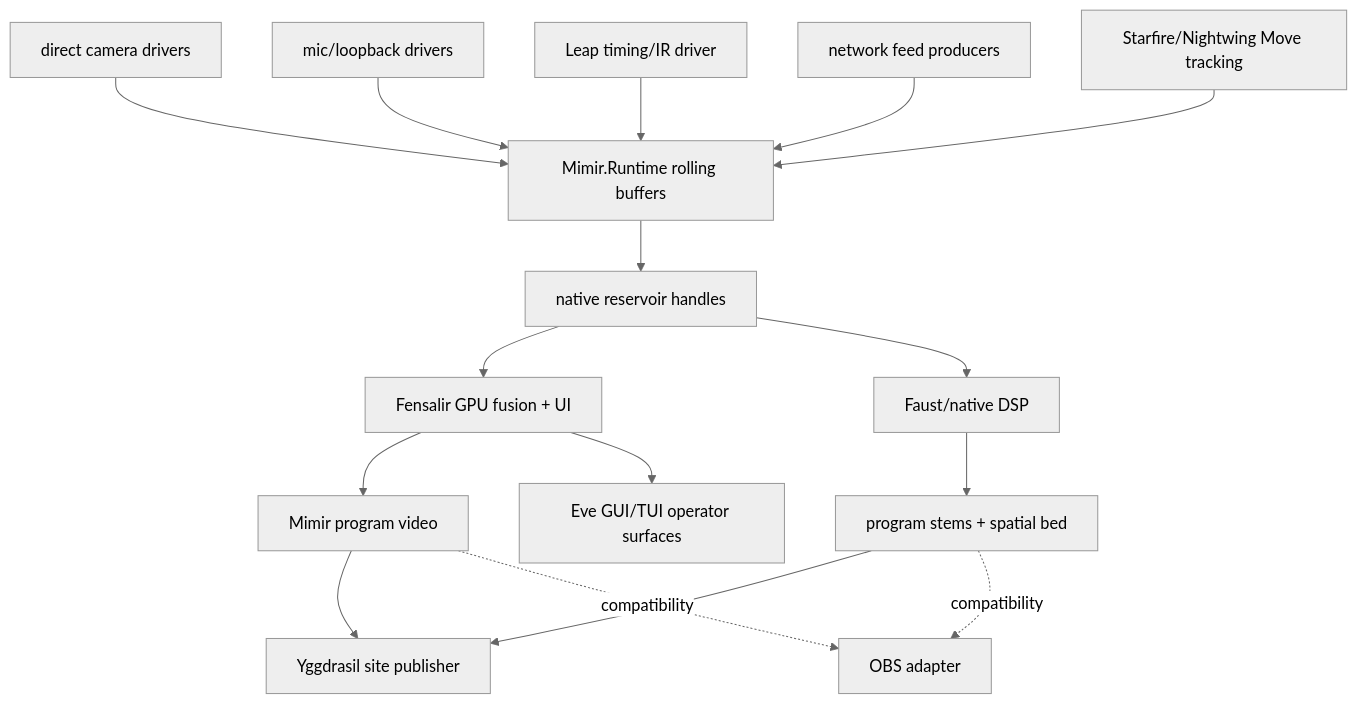
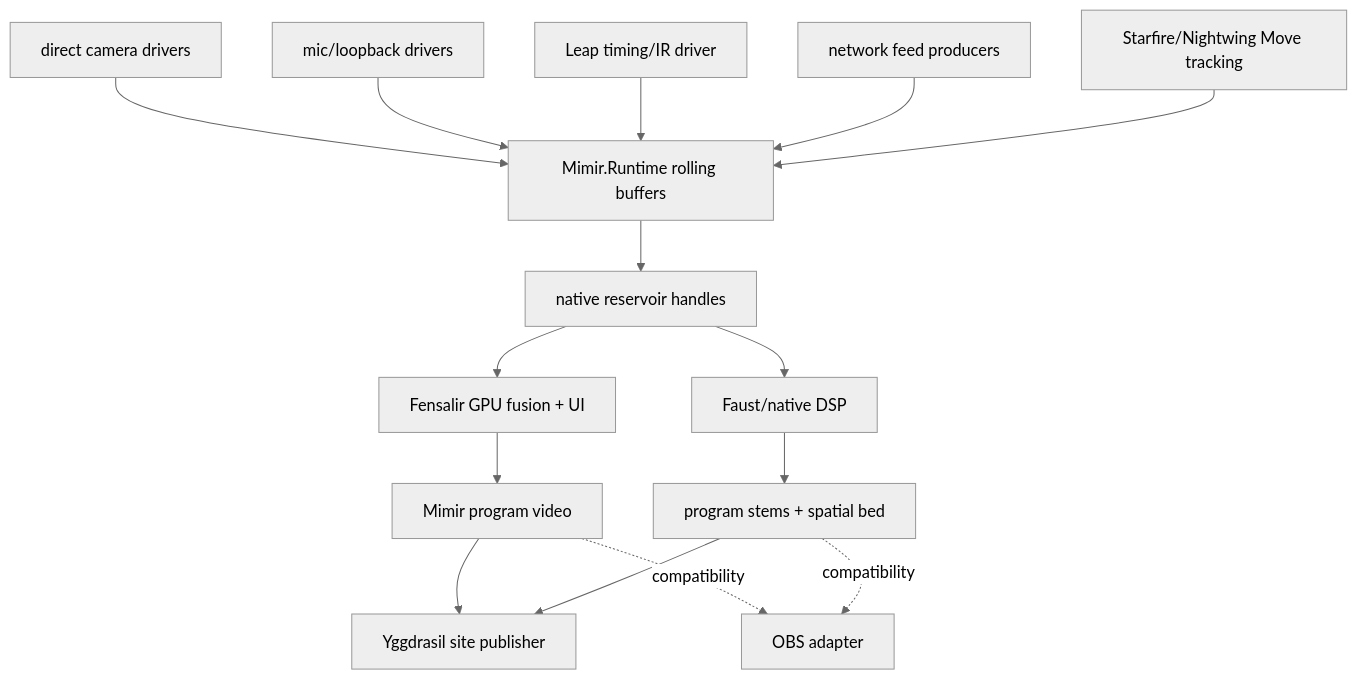
One commit to GameCult/Mimir changed the first of 4 diagrams in notes/current-system-map.md. Above: the diagram before and after it, drawn with Mermaid (neutral theme). The commit also changed other lines of this file and 14 other files, not shown here.

First line of the commit message:
Quarantine Mimir's Eve operator surface: remove EveDashboard, EveBrowserReference and their contract documents

````diff
--- a/notes/current-system-map.md
+++ b/notes/current-system-map.md
@@ -19,18 +19,17 @@
 ```mermaid
 flowchart TD
     A["direct camera drivers"] --> R["Mimir.Runtime rolling buffers"]
     B["mic/loopback drivers"] --> R
     C["Leap timing/IR driver"] --> R
     D["network feed producers"] --> R
     M["Starfire/Nightwing Move tracking"] --> R
     R --> N["native reservoir handles"]
     N --> E["Fensalir GPU fusion + UI"]
     N --> F["Faust/native DSP"]
     E --> G["Mimir program video"]
     F --> H["program stems + spatial bed"]
-    E --> I["Eve GUI/TUI operator surfaces"]
     G --> J["Yggdrasil site publisher"]
     H --> J
     G -. "compatibility" .-> K["OBS adapter"]
     H -. "compatibility" .-> K
 ```
````
